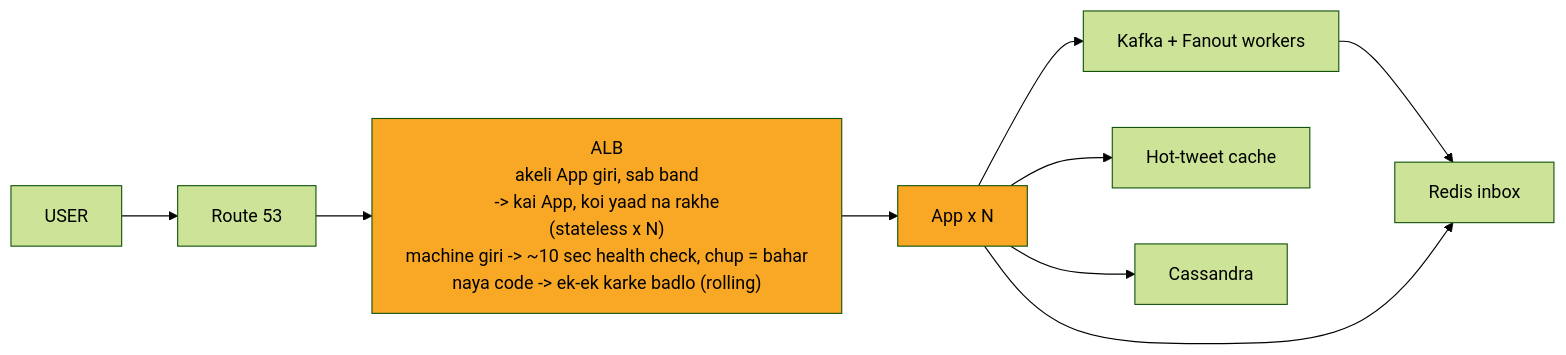
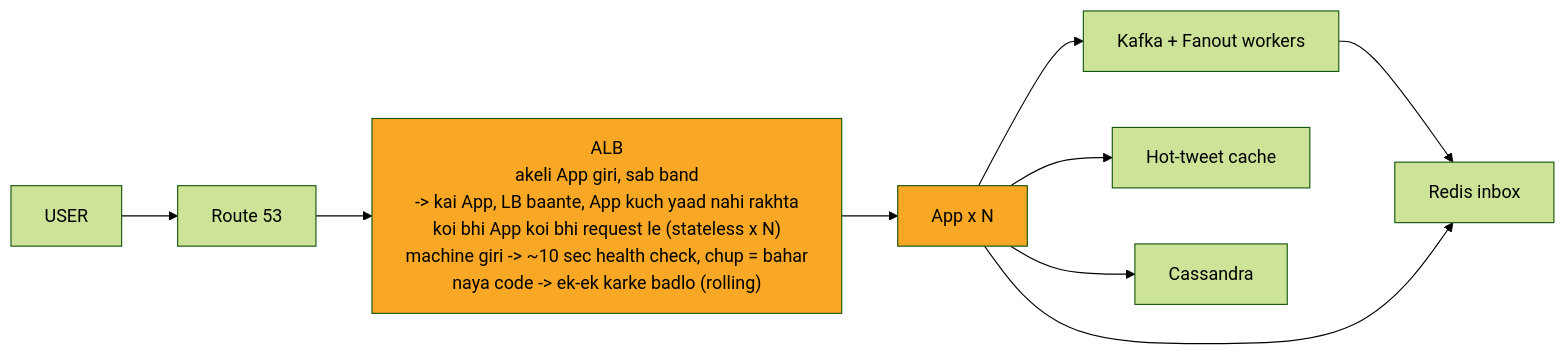
One commit to ArpanMaheshwari144/Prep changed the ninth of 12 diagrams in 04_HLD/SYSTEM_DESIGNS/03_twitter_feed/03_twitter_feed.md. Above: the diagram before and after it, drawn with Mermaid (forest theme). The commit also changed other lines of this file and 13 other files, not shown here.

````diff
--- a/04_HLD/SYSTEM_DESIGNS/03_twitter_feed/03_twitter_feed.md
+++ b/04_HLD/SYSTEM_DESIGNS/03_twitter_feed/03_twitter_feed.md
@@ -381,22 +381,22 @@
 ```mermaid
 %%{init: {"flowchart": {"wrappingWidth": 450}}}%%
 flowchart LR
     n_USER["USER"]
     n_Route_53["Route 53"]
-    n_ALB["ALB<br/>akeli App giri, sab band<br/>-> kai App, koi yaad na rakhe<br/>(stateless x N)<br/>machine giri -> ~10 sec health check, chup = bahar<br/>naya code -> ek-ek karke badlo (rolling)"]
+    n_ALB["ALB<br/>akeli App giri, sab band<br/>-> kai App, LB baante, App kuch yaad nahi rakhta<br/>koi bhi App koi bhi request le (stateless x N)<br/>machine giri -> ~10 sec health check, chup = bahar<br/>naya code -> ek-ek karke badlo (rolling)"]
     n_App_xN["App x N"]
     n_FAN["Kafka + Fanout workers"]
     n_Redis_inbox["Redis inbox"]
     n_Hot_tweet_cache["Hot-tweet cache"]
     n_Cassandra["Cassandra"]
     n_USER --> n_Route_53
     n_Route_53 --> n_ALB
     n_ALB --> n_App_xN
     n_App_xN --> n_FAN
     n_App_xN --> n_Hot_tweet_cache
     n_App_xN --> n_Cassandra
     n_FAN --> n_Redis_inbox
     n_App_xN --> n_Redis_inbox
     style n_ALB fill:#f9a825,color:#000
     style n_App_xN fill:#f9a825,color:#000
 ```
````
